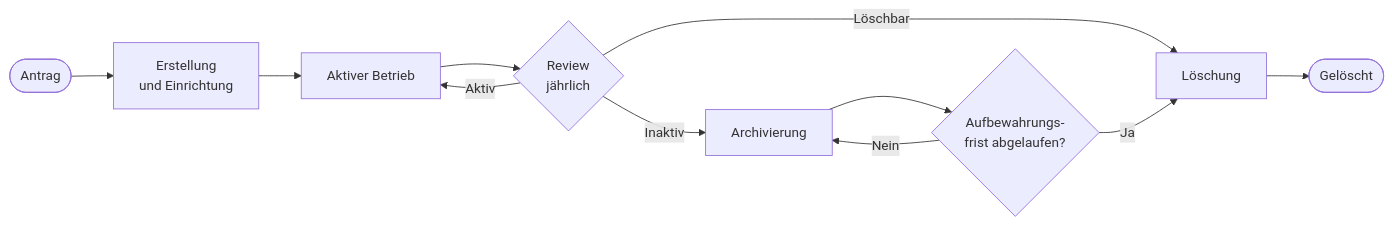
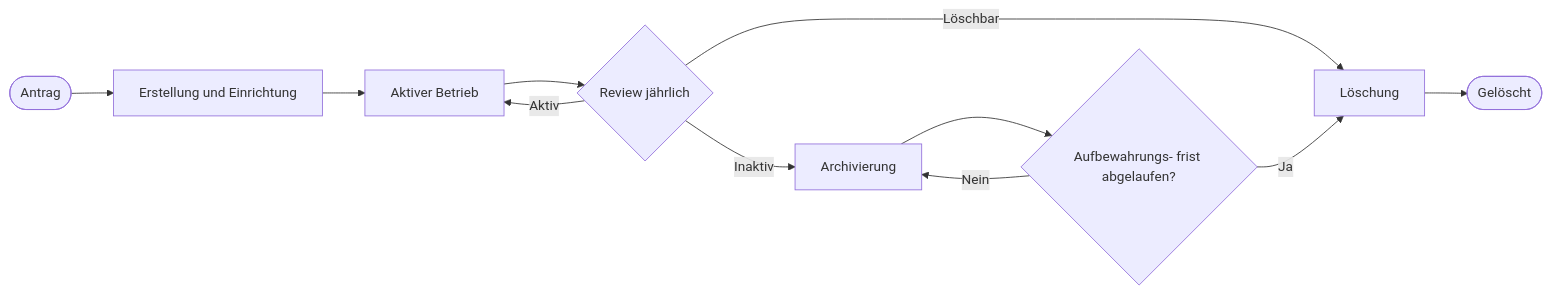
One commit to SoniiiT/notes-n-docs changed the second of 4 diagrams in Microsoft 365/SharePoint OneDrive/SharePoint Governance.md. Above: the diagram before and after it, drawn with Mermaid. The commit also changed other lines of this file and 124 other files, not shown here.

First line of the commit message:
fix: Entferne \n aus allen Mermaid-Diagrammen (125 Dateien)

````diff
--- a/Microsoft 365/SharePoint OneDrive/SharePoint Governance.md
+++ b/Microsoft 365/SharePoint OneDrive/SharePoint Governance.md
@@ -166,13 +166,13 @@
 ```mermaid
 flowchart LR
-    A([Antrag]) --> B[Erstellung\nund Einrichtung]
+    A([Antrag]) --> B[Erstellung und Einrichtung]
     B --> C[Aktiver Betrieb]
-    C --> D{Review\njährlich}
+    C --> D{Review jährlich}
     D -->|Aktiv| C
     D -->|Inaktiv| E[Archivierung]
     D -->|Löschbar| F[Löschung]
-    E --> G{Aufbewahrungs-\nfrist abgelaufen?}
+    E --> G{Aufbewahrungs- frist abgelaufen?}
     G -->|Nein| E
     G -->|Ja| F
     F --> H([Gelöscht])
 ```
````
